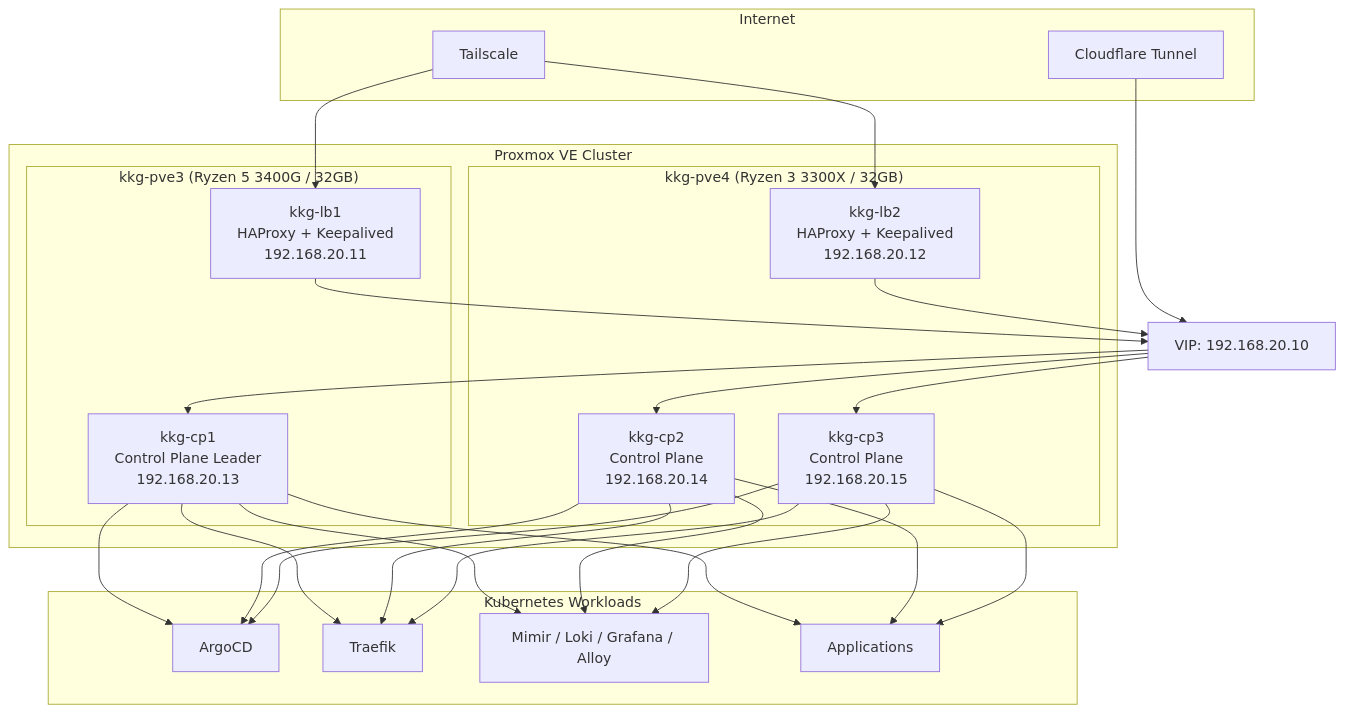
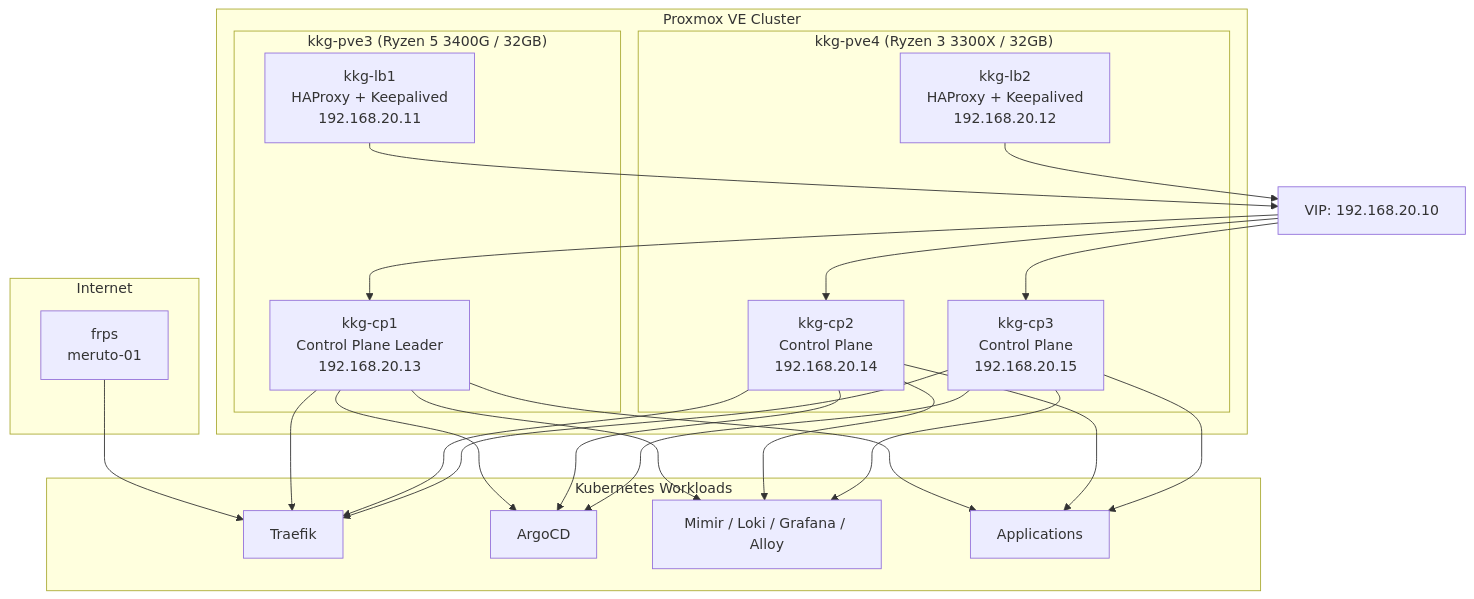
Before and after one commit to Soli0222/pke: the first of 3 diagrams in README.md, drawn with Mermaid. The commit also changed other lines of this file and 25 other files, not shown here.

````diff
--- a/README.md
+++ b/README.md
@@ -7,36 +7,34 @@
 ```mermaid
 graph TB
     subgraph Internet
-        CF[Cloudflare Tunnel]
-        TS[Tailscale]
+        FRP[frps<br/>meruto-01]
     end
 
     subgraph "Proxmox VE Cluster"
         subgraph "kkg-pve3 (Ryzen 5 3400G / 32GB)"
             lb1[kkg-lb1<br/>HAProxy + Keepalived<br/>192.168.20.11]
             cp1[kkg-cp1<br/>Control Plane Leader<br/>192.168.20.13]
         end
         subgraph "kkg-pve4 (Ryzen 3 3300X / 32GB)"
             lb2[kkg-lb2<br/>HAProxy + Keepalived<br/>192.168.20.12]
             cp2[kkg-cp2<br/>Control Plane<br/>192.168.20.14]
             cp3[kkg-cp3<br/>Control Plane<br/>192.168.20.15]
         end
     end
 
     VIP[VIP: 192.168.20.10]
 
     lb1 & lb2 --> VIP
     VIP --> cp1 & cp2 & cp3
 
-    CF --> VIP
-    TS --> lb1 & lb2
+    FRP --> Traefik
 
     subgraph "Kubernetes Workloads"
         ArgoCD
         Traefik
         Monitoring[Mimir / Loki / Grafana / Alloy]
         Apps[Applications]
     end
 
     cp1 & cp2 & cp3 --> ArgoCD & Traefik & Monitoring & Apps
 ```
````
